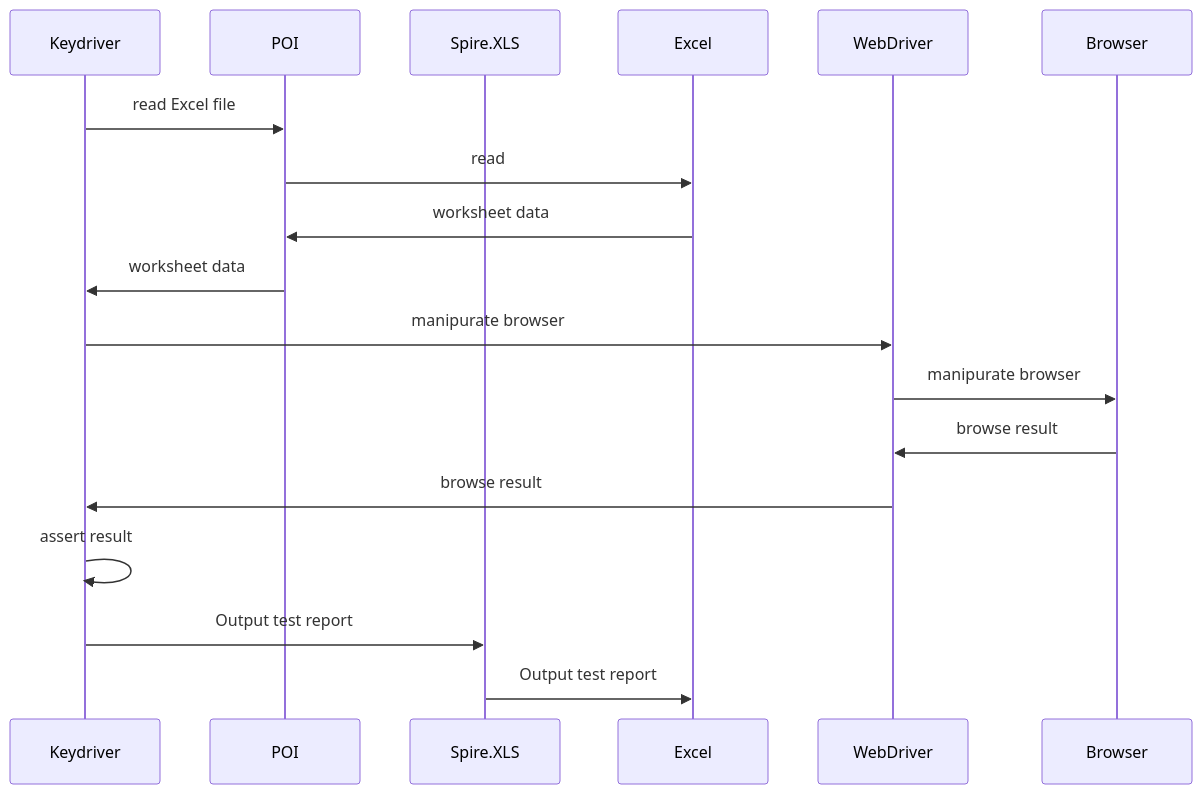
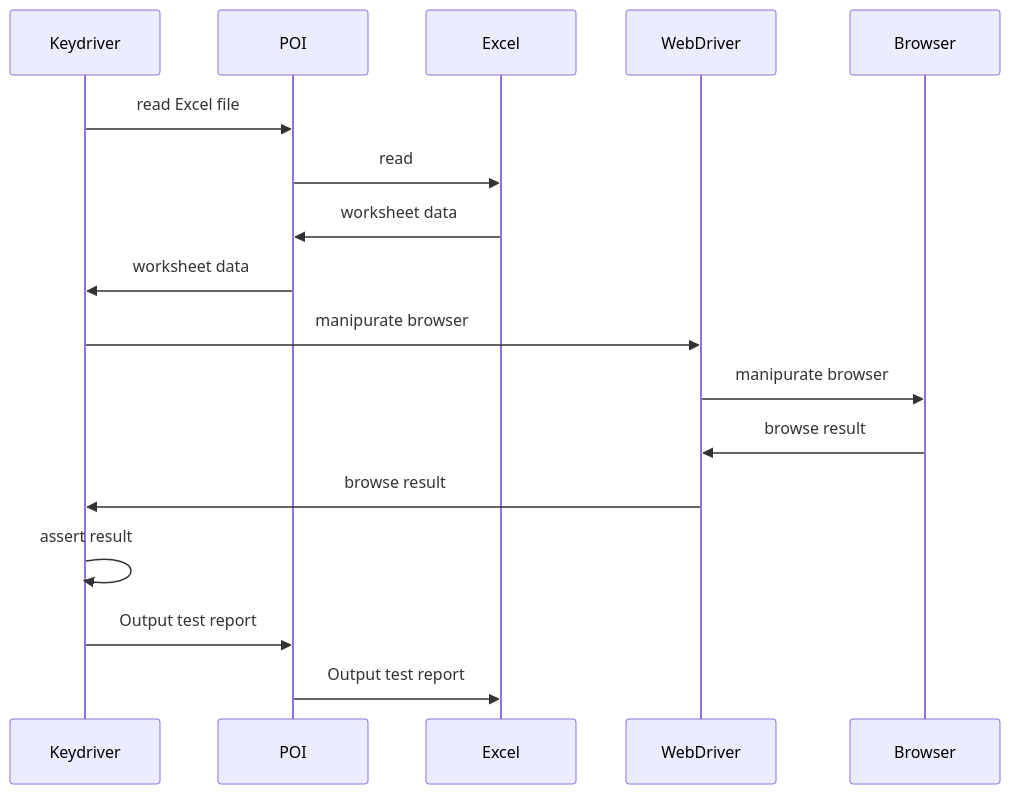
The diagram in README.md (eyasuyuki/keydriver), drawn with Mermaid before and after one commit. The commit also changed 1 other file, not shown here.

Commit message:
remove Spire.XLS

````diff
--- a/README.md
+++ b/README.md
@@ -14,20 +14,19 @@
 ```mermaid
 sequenceDiagram
     participant Keydriver
     participant POI
-    participant Spire.XLS
     participant Excel
     participant WebDriver
     participant Browser
     Keydriver ->> POI: read Excel file
     POI ->> Excel: read
     Excel ->> POI: worksheet data
     POI ->> Keydriver: worksheet data
     Keydriver ->> WebDriver: manipurate browser
     WebDriver ->> Browser: manipurate browser
     Browser ->> WebDriver: browse result
     WebDriver ->> Keydriver: browse result
     Keydriver ->> Keydriver: assert result
-    Keydriver ->> Spire.XLS: Output test report
-    Spire.XLS ->> Excel: Output test report
+    Keydriver ->> POI: Output test report
+    POI ->> Excel: Output test report
 ```
````
